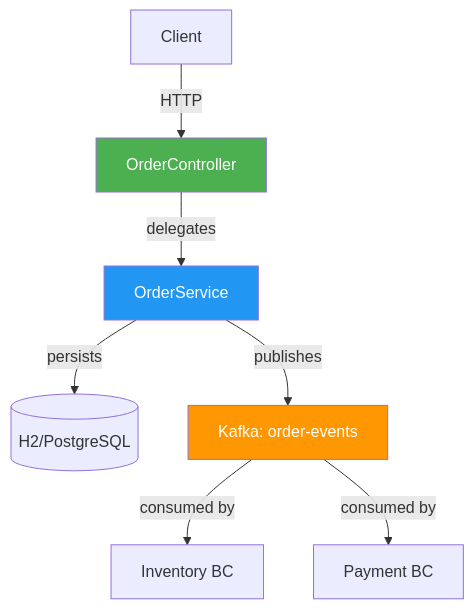
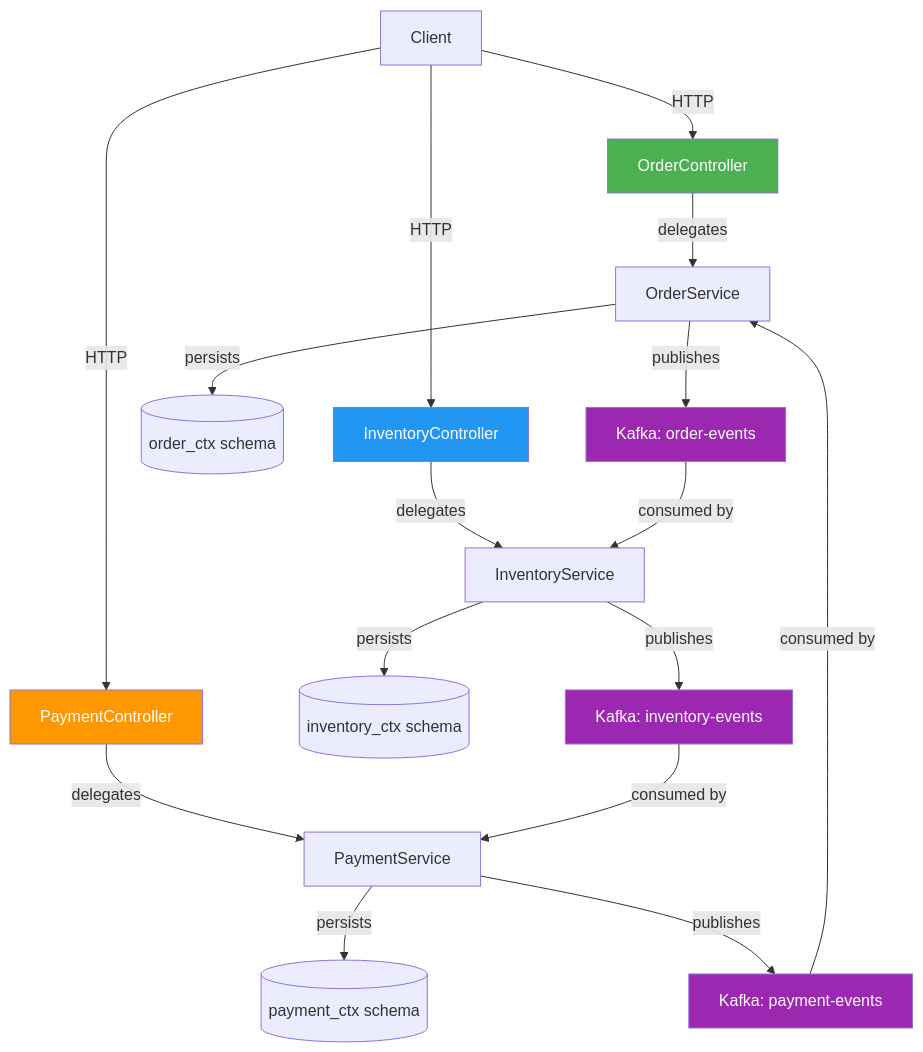
One commit to tungnath/micarch changed the first of 2 diagrams in 01-decomposition/01a-domain-driven-decomposition/README.md. Above: the diagram before and after it, drawn with Mermaid. The commit also changed other lines of this file and 35 other files, not shown here.

````diff
--- a/01-decomposition/01a-domain-driven-decomposition/README.md
+++ b/01-decomposition/01a-domain-driven-decomposition/README.md
@@ -10,13 +10,29 @@
 ```mermaid
 graph TD
     Client -->|HTTP| OrderController
+    Client -->|HTTP| InventoryController
+    Client -->|HTTP| PaymentController
+
     OrderController -->|delegates| OrderService
-    OrderService -->|persists| OrderRepository[(H2/PostgreSQL)]
-    OrderService -->|publishes| Kafka[Kafka: order-events]
-    Kafka -->|consumed by| InventoryService[Inventory BC]
-    Kafka -->|consumed by| PaymentService[Payment BC]
-    
+    OrderService -->|persists| OrderRepo[(order_ctx schema)]
+    OrderService -->|publishes| KO[Kafka: order-events]
+
+    InventoryController -->|delegates| InventoryService
+    InventoryService -->|persists| InvRepo[(inventory_ctx schema)]
+    InventoryService -->|publishes| KI[Kafka: inventory-events]
+
+    PaymentController -->|delegates| PaymentService
+    PaymentService -->|persists| PayRepo[(payment_ctx schema)]
+    PaymentService -->|publishes| KP[Kafka: payment-events]
+
+    KO -->|consumed by| InventoryService
+    KI -->|consumed by| PaymentService
+    KP -->|consumed by| OrderService
+
     style OrderController fill:#4CAF50,color:#fff
-    style OrderService fill:#2196F3,color:#fff
-    style Kafka fill:#FF9800,color:#fff
+    style InventoryController fill:#2196F3,color:#fff
+    style PaymentController fill:#FF9800,color:#fff
+    style KO fill:#9C27B0,color:#fff
+    style KI fill:#9C27B0,color:#fff
+    style KP fill:#9C27B0,color:#fff
 ```
````
